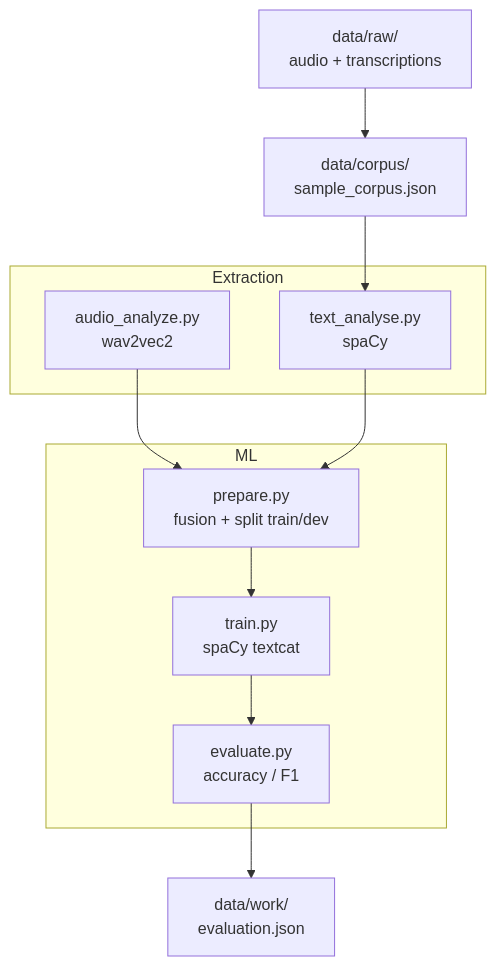
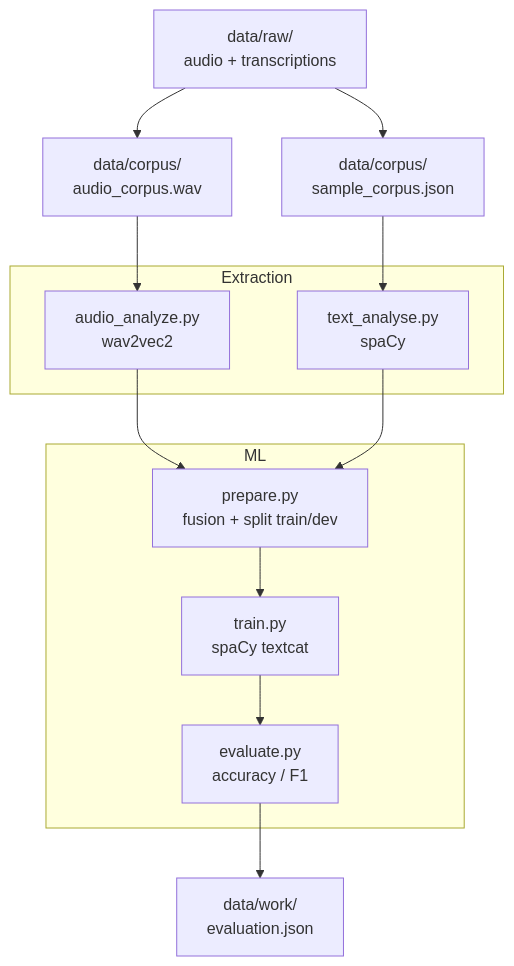
The diagram in README.md (TeaS0710/NLP-project-A_A), drawn with Mermaid before and after one commit. The commit also changed 1 other file, not shown here.

Commit message:
update mermaid readme audio part

````diff
--- a/README.md
+++ b/README.md
@@ -42,26 +42,29 @@
 ```mermaid
 flowchart TD
     RAW["data/raw/\naudio + transcriptions"]
     CORPUS["data/corpus/\nsample_corpus.json"]
-
+    AUDIO_WORK["data/corpus/\naudio_corpus.wav"]
+    
     subgraph Extraction
         AUDIO["audio_analyze.py\nwav2vec2"]
         TEXT["text_analyse.py\nspaCy"]
     end
 
     subgraph ML
         PREP["prepare.py\nfusion + split train/dev"]
         TRAIN["train.py\nspaCy textcat"]
         EVAL["evaluate.py\naccuracy / F1"]
     end
 
     OUT["data/work/\nevaluation.json"]
 
     RAW --> CORPUS
+    RAW --> AUDIO_WORK
     CORPUS --> TEXT
+    AUDIO_WORK --> AUDIO
     AUDIO --> PREP
     TEXT --> PREP
     PREP --> TRAIN
     TRAIN --> EVAL
     EVAL --> OUT
 ```
````
